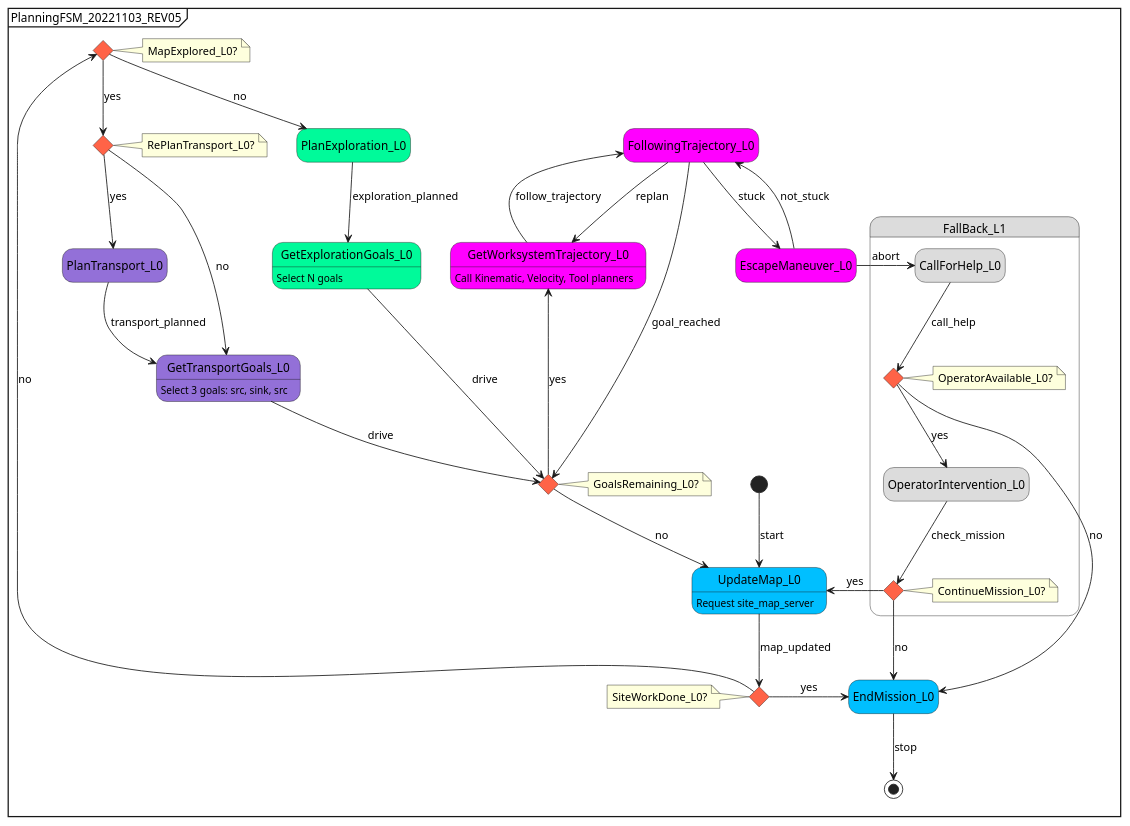
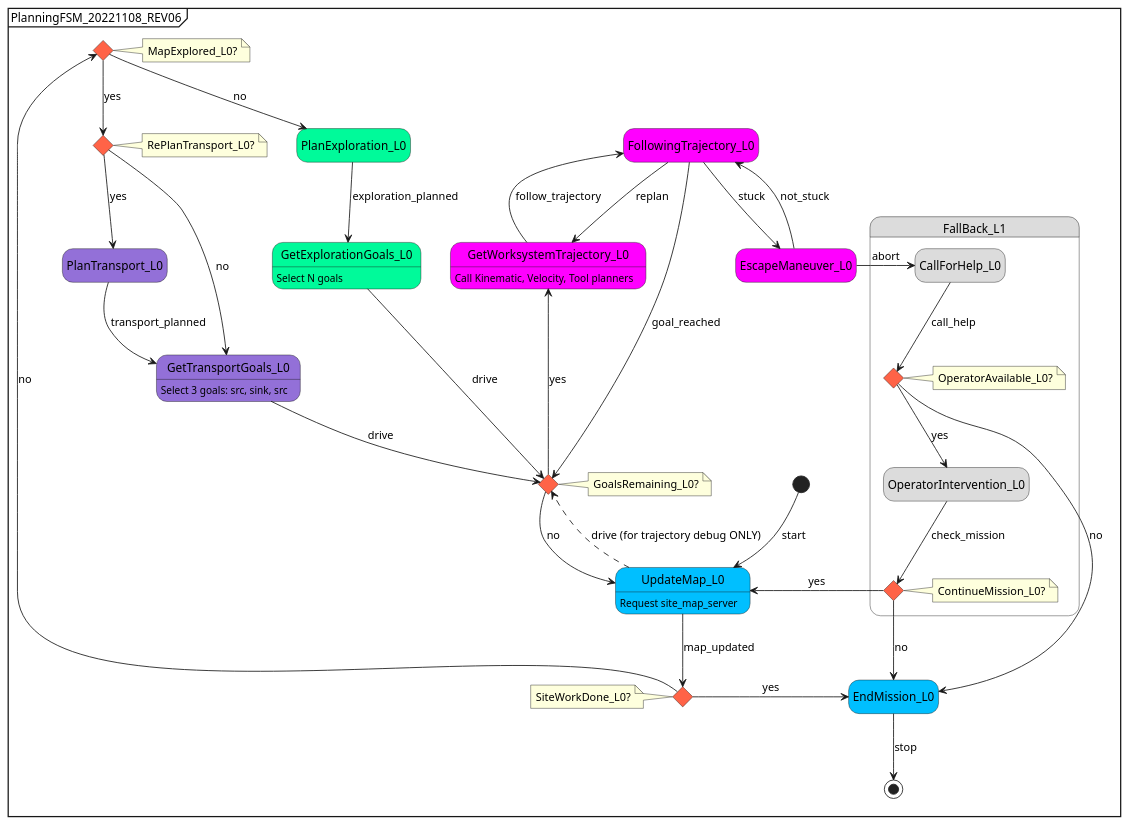
Before and after one commit to CraterGrader/CRATER_GRADER: the second of 2 diagrams in cg_ws/src/planning/doc/fsm.puml, drawn with PlantUML. The commit also changed 10 other files, not shown here.

Commit message:
tooling for debugging trajectory planning from config file

```diff
--- a/cg_ws/src/planning/doc/fsm.puml
+++ b/cg_ws/src/planning/doc/fsm.puml
@@ -5,102 +5,103 @@
-@startuml PlanningFSM_20221103_REV05
-mainframe PlanningFSM_20221103_REV05
+@startuml PlanningFSM_20221108_REV06
+mainframe PlanningFSM_20221108_REV06
 ' Formatting
 ' ------------------------------------
 hide empty description
 
 ' State blocks
 skinparam state {
   BackgroundColor #DeepSkyBlue
 }
 
 ' choice blocks
 <style>
   diamond {
     BackgroundColor #Tomato
 }
 </style>
 
 
 ' States and Interactions
 ' ------------------------------------
 ' Global states
 state EndMission_L0
 state PlanExploration_L0 #MediumSpringGreen
 state PlanTransport_L0 #MediumPurple
 state UpdateMap_L0
   UpdateMap_L0 : Request site_map_server
 state GetExplorationGoals_L0 #MediumSpringGreen
   GetExplorationGoals_L0 : Select N goals
 state GetTransportGoals_L0 #MediumPurple
   GetTransportGoals_L0 : Select 3 goals: src, sink, src
 state MapExplored_L0 <<choice>>
   note right of MapExplored_L0
     MapExplored_L0?
   end note
 state SiteWorkDone_L0 <<choice>>
   note left of SiteWorkDone_L0
     SiteWorkDone_L0?
   end note
 state RePlanTransport_L0 <<choice>>
   note right of RePlanTransport_L0
     RePlanTransport_L0?
   end note
 
 ' Fallback states
 state FallBack_L1 #Gainsboro {
   state CallForHelp_L0 #Gainsboro 
   state OperatorIntervention_L0 #Gainsboro 
   state OperatorAvailable_L0 <<choice>>
     note right of OperatorAvailable_L0
     OperatorAvailable_L0?
     end note
   state ContinueMission_L0 <<choice>>
     note right of ContinueMission_L0
       ContinueMission_L0?
     end note
 
   ' Fallback state interactions
   CallForHelp_L0 -d-> OperatorAvailable_L0 : call_help
   OperatorAvailable_L0 -d-> OperatorIntervention_L0 : yes
     OperatorIntervention_L0 -d-> ContinueMission_L0 : check_mission
       ContinueMission_L0 -l-> UpdateMap_L0 : yes
       ContinueMission_L0 -d-> EndMission_L0 : no
   OperatorAvailable_L0 -d-> EndMission_L0 : no
 }
 
 ' Driving states
 state FollowingTrajectory_L0 #Magenta
 state EscapeManeuver_L0 #Magenta
 state GetWorksystemTrajectory_L0 #Magenta
   GetWorksystemTrajectory_L0 : Call Kinematic, Velocity, Tool planners
 state GoalsRemaining_L0 <<choice>>
   note right of GoalsRemaining_L0
     GoalsRemaining_L0?
   end note
 
 ' Driving state interactions
 GoalsRemaining_L0 -u-> GetWorksystemTrajectory_L0 : yes
   GetWorksystemTrajectory_L0 -u-> FollowingTrajectory_L0 : follow_trajectory
     FollowingTrajectory_L0 --> GoalsRemaining_L0 : goal_reached
     FollowingTrajectory_L0 --> GetWorksystemTrajectory_L0 : replan
     FollowingTrajectory_L0 --> EscapeManeuver_L0 : stuck
       EscapeManeuver_L0 -d-> FollowingTrajectory_L0 : not_stuck
       EscapeManeuver_L0 -r->  CallForHelp_L0 : abort
 GoalsRemaining_L0 -d-> UpdateMap_L0 : no
 
 ' Global state interactions
 [*] -d-> UpdateMap_L0 : start
   UpdateMap_L0 -d-> SiteWorkDone_L0 : map_updated
+  UpdateMap_L0 -[dashed]-> GoalsRemaining_L0 : drive (for trajectory debug ONLY)
   SiteWorkDone_L0 -r-> EndMission_L0 : yes
   SiteWorkDone_L0 -l-> MapExplored_L0 : no
     MapExplored_L0 -d-> RePlanTransport_L0 : yes
       RePlanTransport_L0 -d-> PlanTransport_L0 : yes
         PlanTransport_L0 -d-> GetTransportGoals_L0 : transport_planned
       RePlanTransport_L0 -d-> GetTransportGoals_L0 : no
         GetTransportGoals_L0 -d-> GoalsRemaining_L0 : drive
     MapExplored_L0 -d-> PlanExploration_L0 : no
       PlanExploration_L0 -d-> GetExplorationGoals_L0 : exploration_planned
       GetExplorationGoals_L0 -d-> GoalsRemaining_L0 : drive
 EndMission_L0 --> [*] : stop
 
 @enduml
```
